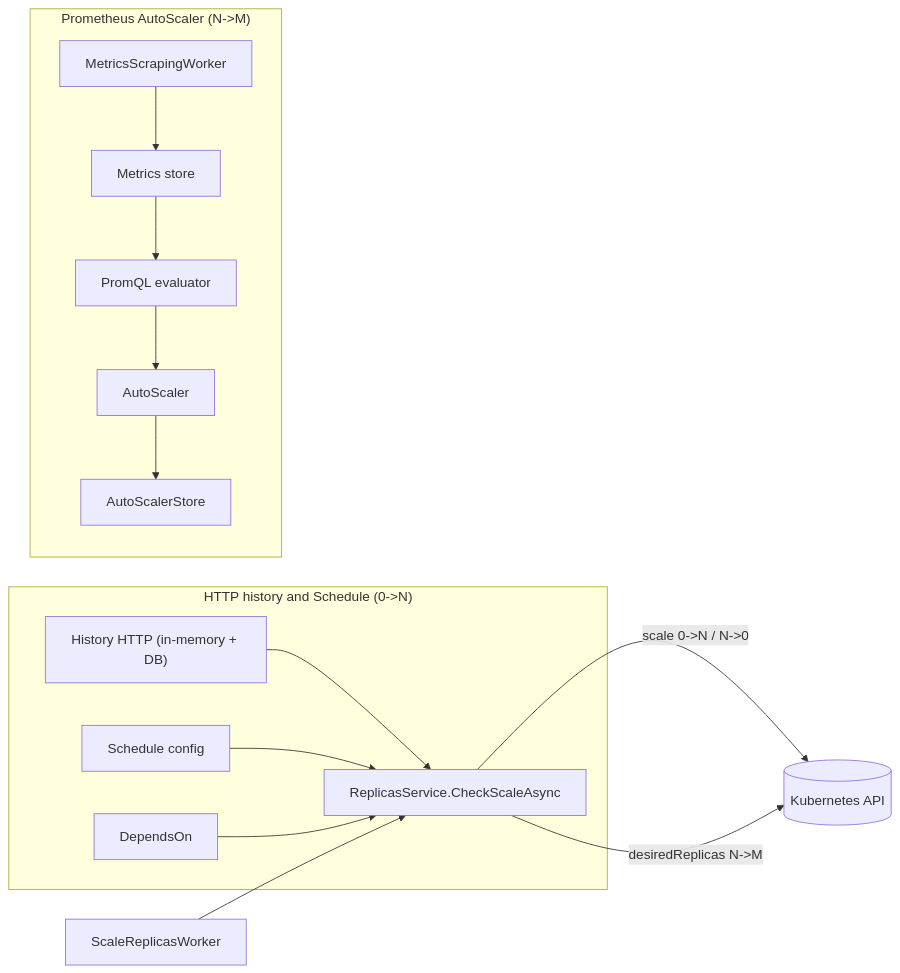
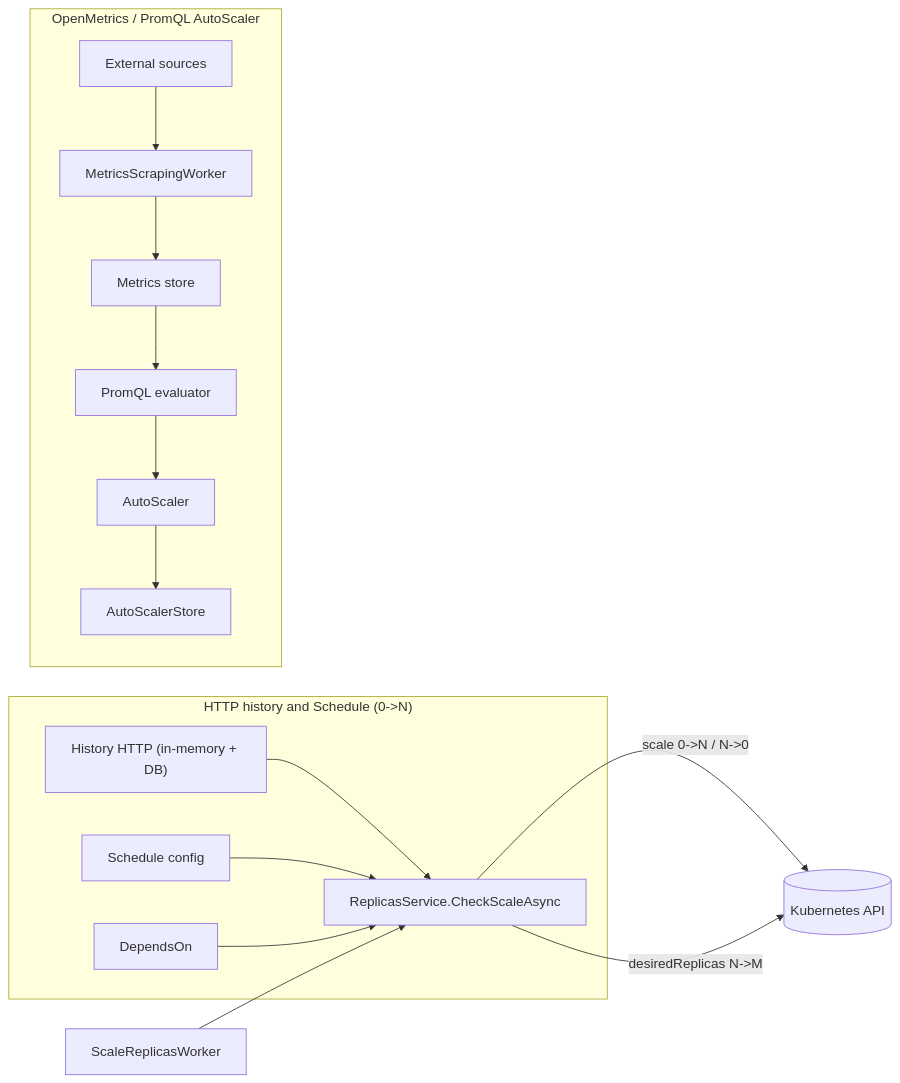
One commit to SlimPlanet/SlimFaas changed the diagram in docs/autoscaling.md. Above: the diagram before and after it, drawn with Mermaid. The commit also changed other lines of this file and 35 other files, not shown here.

Commit message:
feat: support external OpenMetrics autoscaling sources

````diff
--- a/docs/autoscaling.md
+++ b/docs/autoscaling.md
@@ -131,24 +134,25 @@
 ```mermaid
 flowchart LR
   R[ReplicasService.CheckScaleAsync]
   SW[ScaleReplicasWorker]
   K8S[(Kubernetes API)]
 
   subgraph HTTP_history["HTTP history and Schedule (0->N)"]
     H["History HTTP (in-memory + DB)"] --> R
     SC[Schedule config] --> R
     DP[DependsOn] --> R
   end
 
-  subgraph Prometheus["Prometheus AutoScaler (N->M)"]
+  subgraph Prometheus["OpenMetrics / PromQL AutoScaler"]
+    ES[External sources] --> MSW
     MSW[MetricsScrapingWorker] --> MS[Metrics store]
     MS --> PQ[PromQL evaluator]
     PQ --> AS[AutoScaler]
     AS --> ASS[AutoScalerStore]
   end
 
   SW --> R
   R -- scale 0->N / N->0 --> K8S
   R -- desiredReplicas N->M --> K8S
 
 ```
````
